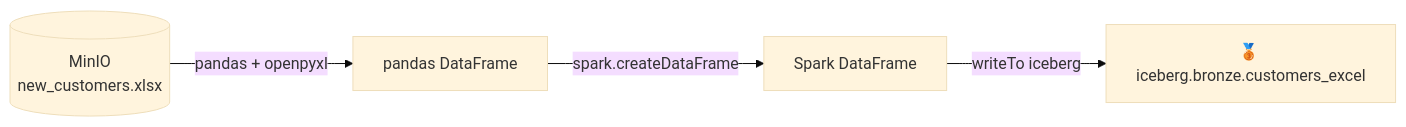
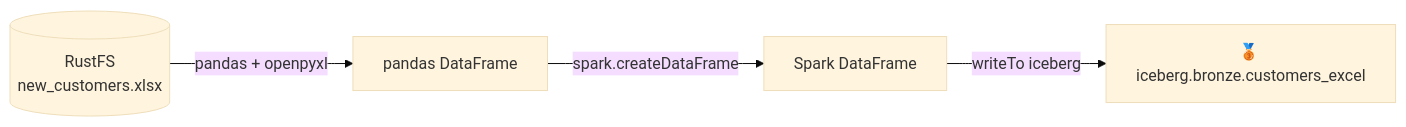
One commit to maarthala/databrick-local-simulator changed the diagram in training/docs/recipes/excel.md. Above: the diagram before and after it, drawn with Mermaid (base theme). The commit also changed other lines of this file and 27 other files, not shown here.

````diff
--- a/training/docs/recipes/excel.md
+++ b/training/docs/recipes/excel.md
@@ -13,6 +13,6 @@
 ```mermaid
 flowchart LR
-  X[(MinIO<br/>new_customers.xlsx)] -->|pandas + openpyxl| P[pandas DataFrame]
+  X[(RustFS<br/>new_customers.xlsx)] -->|pandas + openpyxl| P[pandas DataFrame]
   P -->|spark.createDataFrame| S[Spark DataFrame]
   S -->|writeTo iceberg| B["🥉 iceberg.bronze.customers_excel"]
 ```
````
